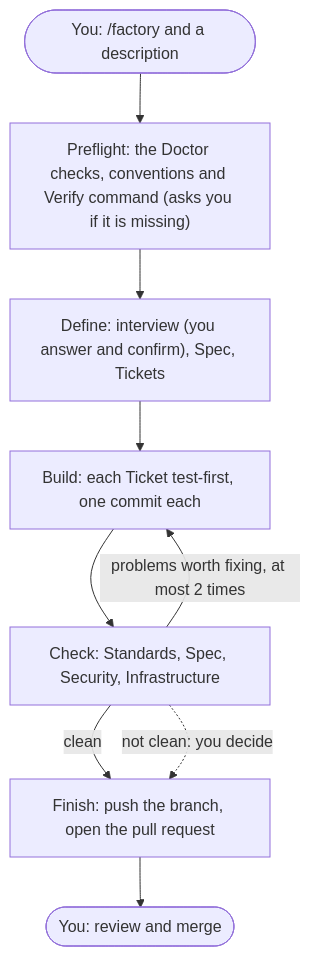
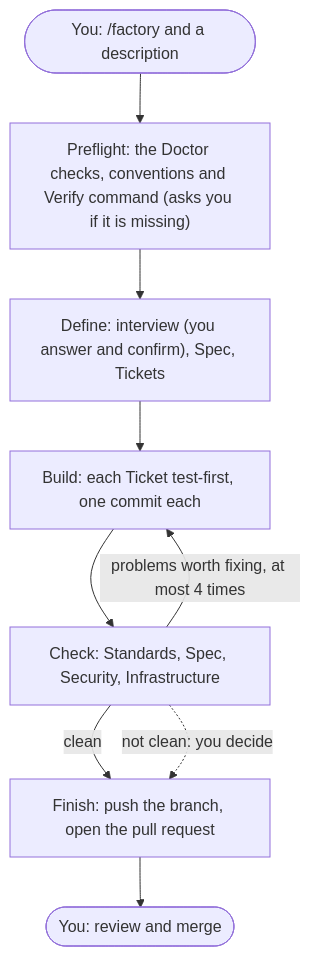
Before and after one commit to TDSchreur/tds-factory: the first of 3 diagrams in docs/usage.md, drawn with Mermaid. The commit also changed other lines of this file and 26 other files, not shown here.

````diff
--- a/docs/usage.md
+++ b/docs/usage.md
@@ -7,11 +7,11 @@
 ```mermaid
 flowchart TB
     start(["You: /factory and a description"]) --> pre["Preflight: the Doctor checks, conventions and Verify command (asks you if it is missing)"]
     pre --> define["Define: interview (you answer and confirm), Spec, Tickets"]
     define --> build["Build: each Ticket test-first, one commit each"]
     build --> check["Check: Standards, Spec, Security, Infrastructure"]
-    check -->|"problems worth fixing, at most 2 times"| build
+    check -->|"problems worth fixing, at most 4 times"| build
     check -->|"clean"| finish["Finish: push the branch, open the pull request"]
     check -.->|"not clean: you decide"| finish
     finish --> review(["You: review and merge"])
 ```
````
